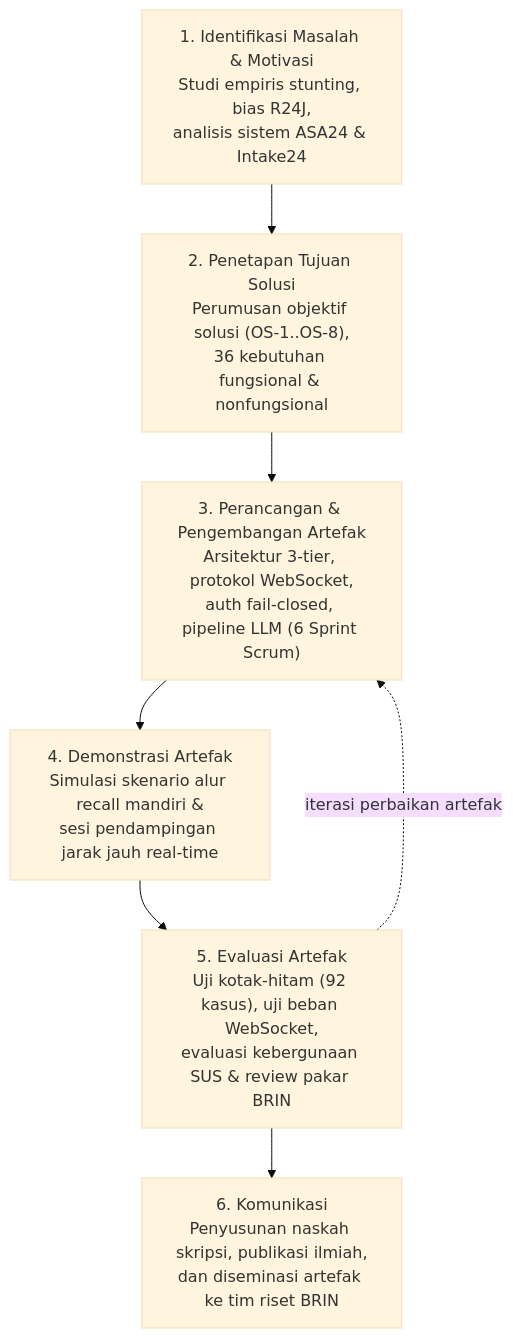
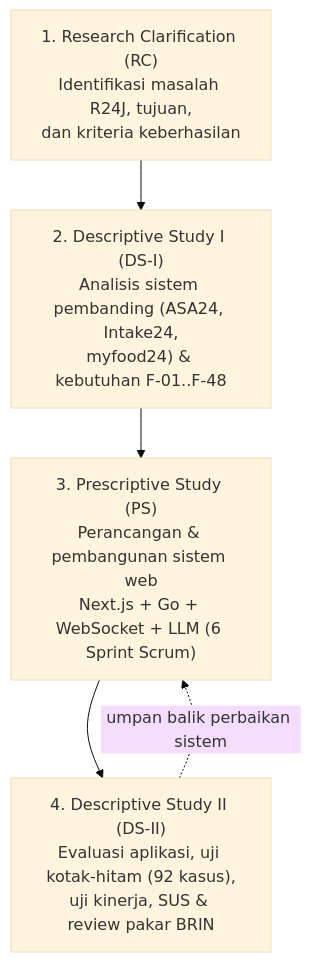
The first of 12 diagrams in docs/Skripsi_Atlas_Food_Bab_1-5.md (Babyhex7/atlas_food_frontend), drawn with Mermaid (base theme) before and after one commit. The commit also changed other lines of this file, not shown here.

Commit message:
docs(skripsi): convert DSRM to 4-stage DRM (Blessing & Chakrabarti 2009) and clean up bibliography

````diff
--- a/docs/Skripsi_Atlas_Food_Bab_1-5.md
+++ b/docs/Skripsi_Atlas_Food_Bab_1-5.md
@@ -629,10 +629,8 @@
 ```mermaid
 flowchart TD
-    A["1. Identifikasi Masalah & Motivasi<br/>Studi empiris stunting, bias R24J,<br/>analisis sistem ASA24 & Intake24"] --> B
-    B["2. Penetapan Tujuan Solusi<br/>Perumusan objektif solusi (OS-1..OS-8),<br/>36 kebutuhan fungsional & nonfungsional"] --> C
-    C["3. Perancangan & Pengembangan Artefak<br/>Arsitektur 3-tier, protokol WebSocket,<br/>auth fail-closed, pipeline LLM (6 Sprint Scrum)"] --> D
-    D["4. Demonstrasi Artefak<br/>Simulasi skenario alur recall mandiri &<br/>sesi pendampingan jarak jauh real-time"] --> E
-    E["5. Evaluasi Artefak<br/>Uji kotak-hitam (92 kasus), uji beban WebSocket,<br/>evaluasi kebergunaan SUS & review pakar BRIN"] --> F
-    F["6. Komunikasi<br/>Penyusunan naskah skripsi, publikasi ilmiah,<br/>dan diseminasi artefak ke tim riset BRIN"]
-    E -.->|"iterasi perbaikan artefak"| C
+    A["1. Research Clarification (RC)<br/>Identifikasi masalah R24J, tujuan,<br/>dan kriteria keberhasilan"] --> B
+    B["2. Descriptive Study I (DS-I)<br/>Analisis sistem pembanding (ASA24, Intake24,<br/>myfood24) & kebutuhan F-01..F-48"] --> C
+    C["3. Prescriptive Study (PS)<br/>Perancangan & pembangunan sistem web<br/>Next.js + Go + WebSocket + LLM (6 Sprint Scrum)"] --> D
+    D["4. Descriptive Study II (DS-II)<br/>Evaluasi aplikasi, uji kotak-hitam (92 kasus),<br/>uji kinerja, SUS & review pakar BRIN"]
+    D -.->|"umpan balik perbaikan sistem"| C
 ```
````
